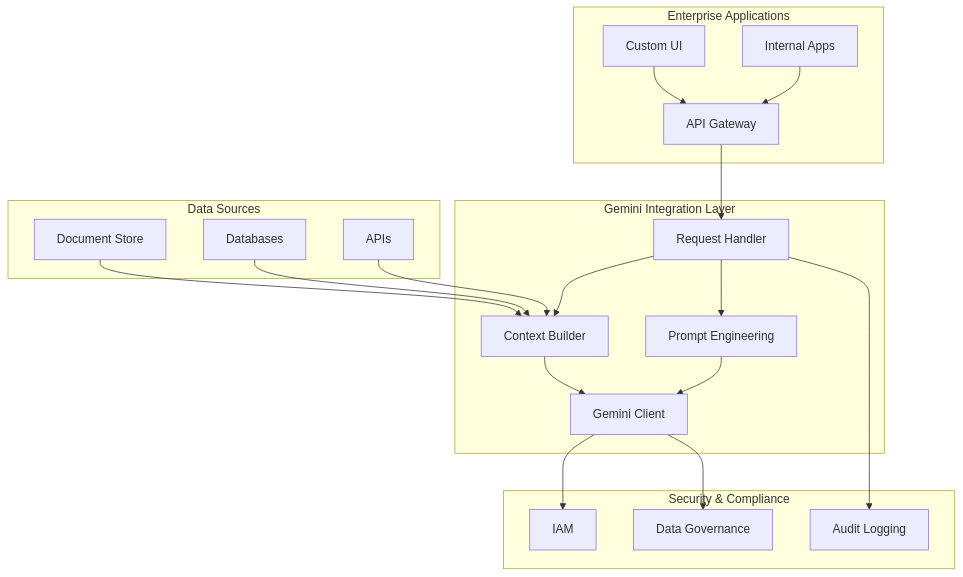
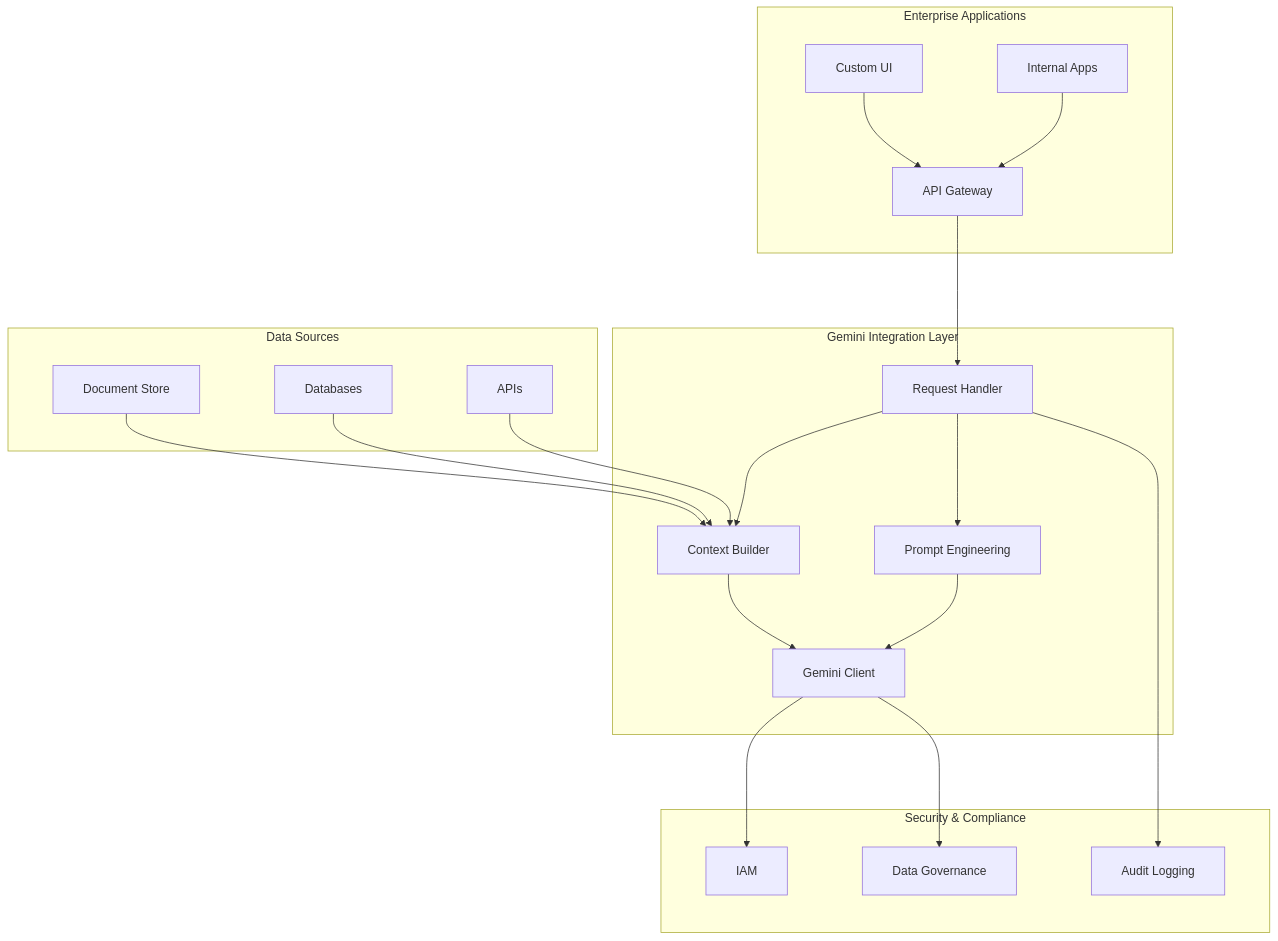
The diagram in gemini_arch.mermaid (giridharmb/AI), drawn with Mermaid before and after one commit. The commit also changed 1 other file, not shown here.

```diff
--- a/gemini_arch.mermaid
+++ b/gemini_arch.mermaid
@@ -1,29 +1,31 @@
+%%{init: {'theme': 'default', 'themeVariables': { 'fontSize': '16px', 'fontFamily': 'Arial'}, 'securityLevel': 'loose', 'maxWidth': 2000, 'flowchart': {'htmlLabels': true, 'curve': 'basis', 'nodeSpacing': 100, 'rankSpacing': 100, 'padding': 20}}}%%
+
 graph TB
     subgraph Enterprise Applications
         A[Internal Apps] --> B[API Gateway]
         C[Custom UI] --> B
     end
     
     subgraph Gemini Integration Layer
         B --> D[Request Handler]
         D --> E[Prompt Engineering]
         D --> F[Context Builder]
         E --> G[Gemini Client]
         F --> G
     end
     
     subgraph Data Sources
         H[APIs] --> F
         I[Databases] --> F
         J[Document Store] --> F
     end
     
     subgraph Security & Compliance
         K[IAM]
         L[Data Governance]
         M[Audit Logging]
     end
     
     G --> K
     G --> L
     D --> M
```
